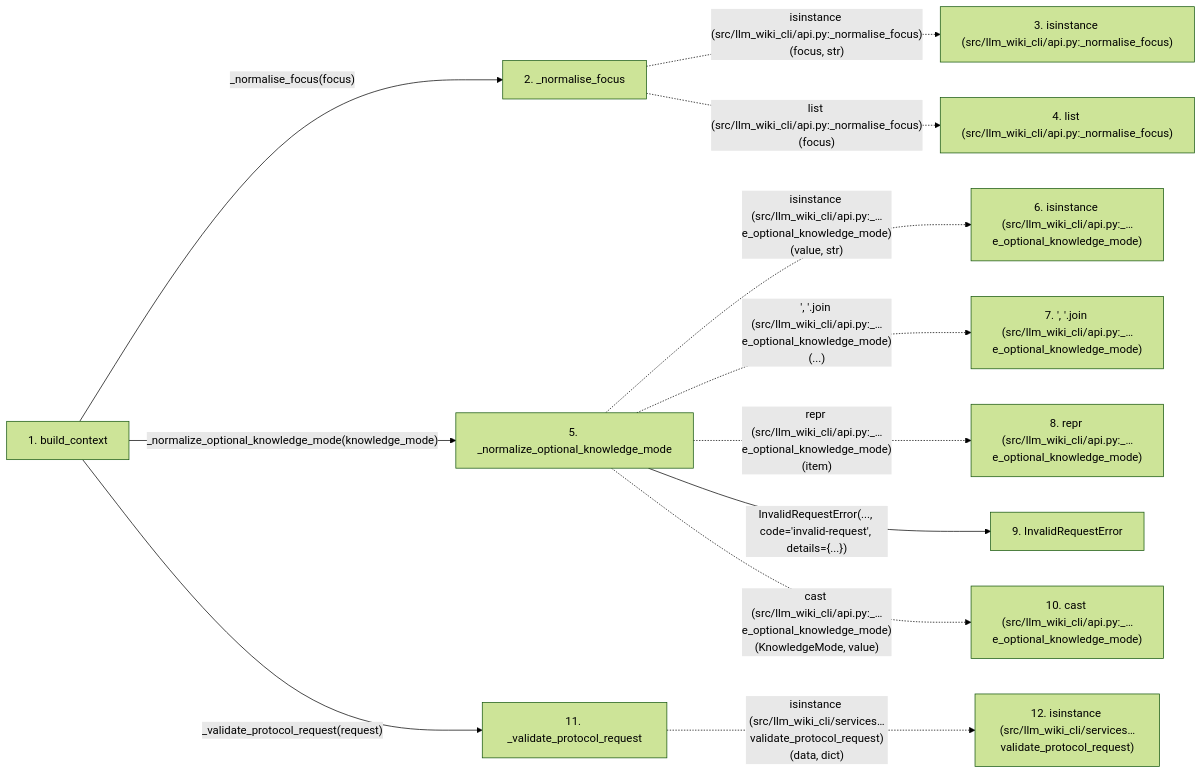
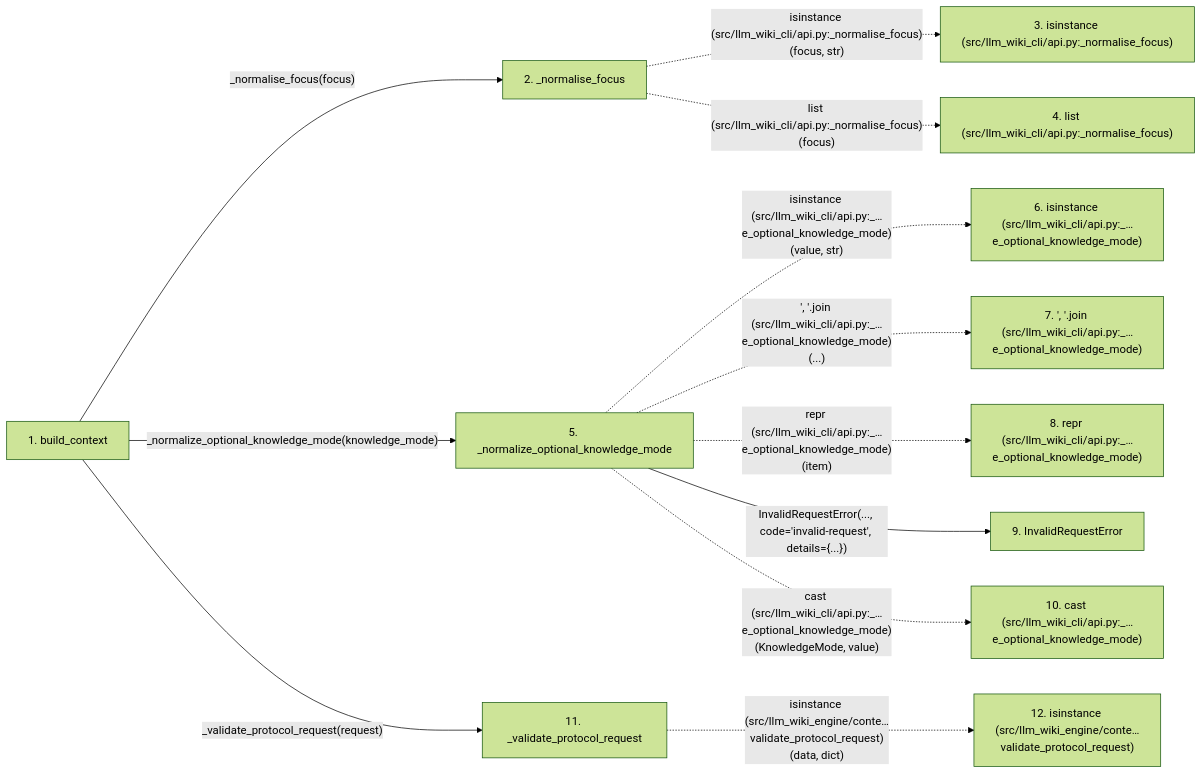
One commit to Denissvgn/python-wiki-llm changed the second of 2 diagrams in docs/llm_wiki/flows/api-build_context.md. Above: the diagram before and after it, drawn with Mermaid (forest theme). The commit also changed other lines of this file and 1058 other files, not shown here.

````diff
--- a/docs/llm_wiki/flows/api-build_context.md
+++ b/docs/llm_wiki/flows/api-build_context.md
@@ -183,31 +183,31 @@
 ```mermaid
 flowchart LR
     s1["1. build_context"]
     s2["2. _normalise_focus"]
     s3["3. isinstance (src/llm_wiki_cli/api.py:_normalise_focus)"]
     s4["4. list (src/llm_wiki_cli/api.py:_normalise_focus)"]
     s5["5. _normalize_optional_knowledge_mode"]
     s6["6. isinstance (src/llm_wiki_cli/api.py:_…e_optional_knowledge_mode)"]
     s7["7. ', '.join (src/llm_wiki_cli/api.py:_…e_optional_knowledge_mode)"]
     s8["8. repr (src/llm_wiki_cli/api.py:_…e_optional_knowledge_mode)"]
     s9["9. InvalidRequestError"]
     s10["10. cast (src/llm_wiki_cli/api.py:_…e_optional_knowledge_mode)"]
     s11["11. _validate_protocol_request"]
-    s12["12. isinstance (src/llm_wiki_cli/services…validate_protocol_request)"]
+    s12["12. isinstance (src/llm_wiki_engine/conte…validate_protocol_request)"]
     s1 -->|"_normalise_focus(focus)"| s2
     s2 -. "isinstance (src/llm_wiki_cli/api.py:_normalise_focus)(focus, str)" .-> s3
     s2 -. "list (src/llm_wiki_cli/api.py:_normalise_focus)(focus)" .-> s4
     s1 -->|"_normalize_optional_knowledge_mode(knowledge_mode)"| s5
     s5 -. "isinstance (src/llm_wiki_cli/api.py:_…e_optional_knowledge_mode)(value, str)" .-> s6
     s5 -. "', '.join (src/llm_wiki_cli/api.py:_…e_optional_knowledge_mode)(...)" .-> s7
     s5 -. "repr (src/llm_wiki_cli/api.py:_…e_optional_knowledge_mode)(item)" .-> s8
     s5 -->|"InvalidRequestError(..., code='invalid-request', details={...})"| s9
     s5 -. "cast (src/llm_wiki_cli/api.py:_…e_optional_knowledge_mode)(KnowledgeMode, value)" .-> s10
     s1 -->|"_validate_protocol_request(request)"| s11
-    s11 -. "isinstance (src/llm_wiki_cli/services…validate_protocol_request)(data, dict)" .-> s12
+    s11 -. "isinstance (src/llm_wiki_engine/conte…validate_protocol_request)(data, dict)" .-> s12
     click s1 "../modules/api.md"
     click s2 "../modules/api.md"
     click s5 "../modules/api.md"
     click s9 "../modules/api.md"
     click s11 "../modules/context_request_format.md"
 ```
````
